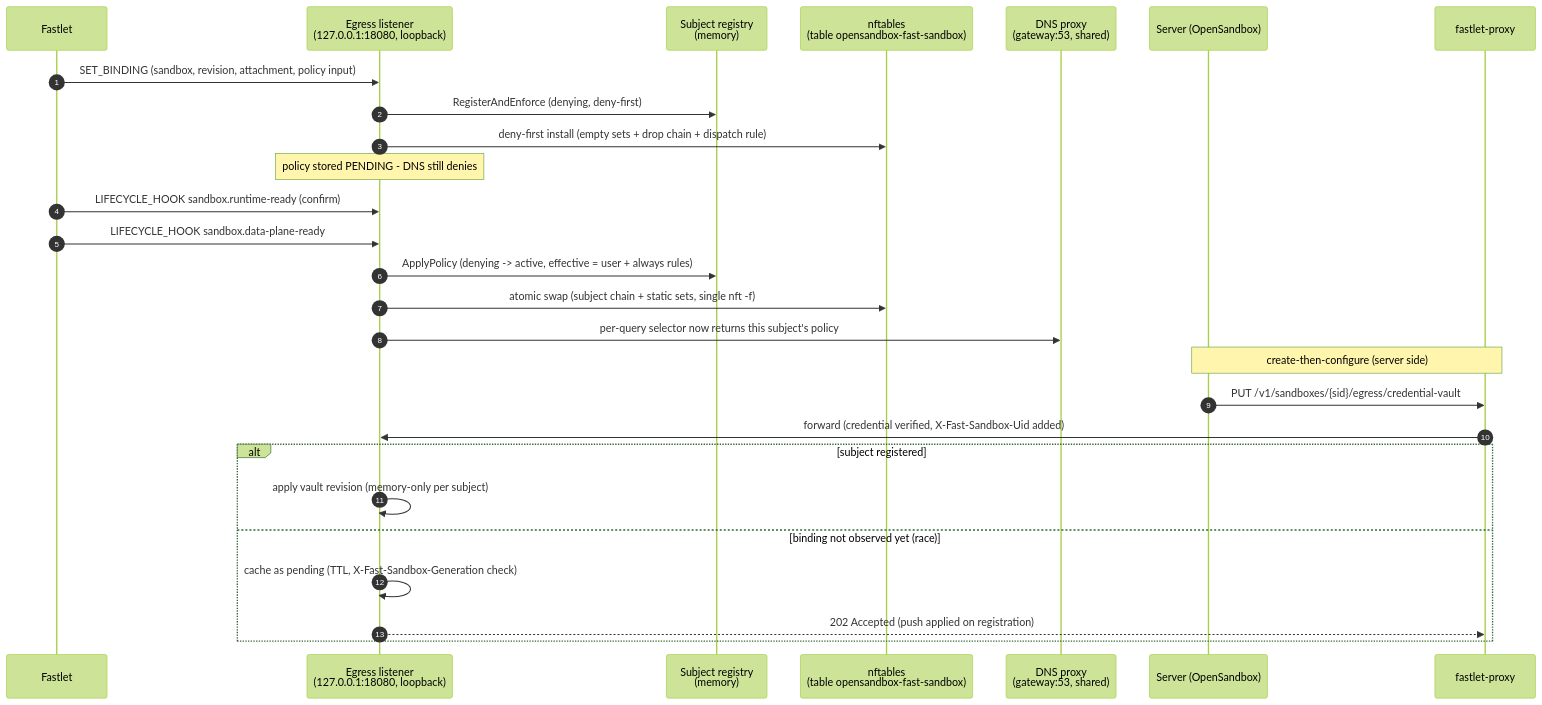
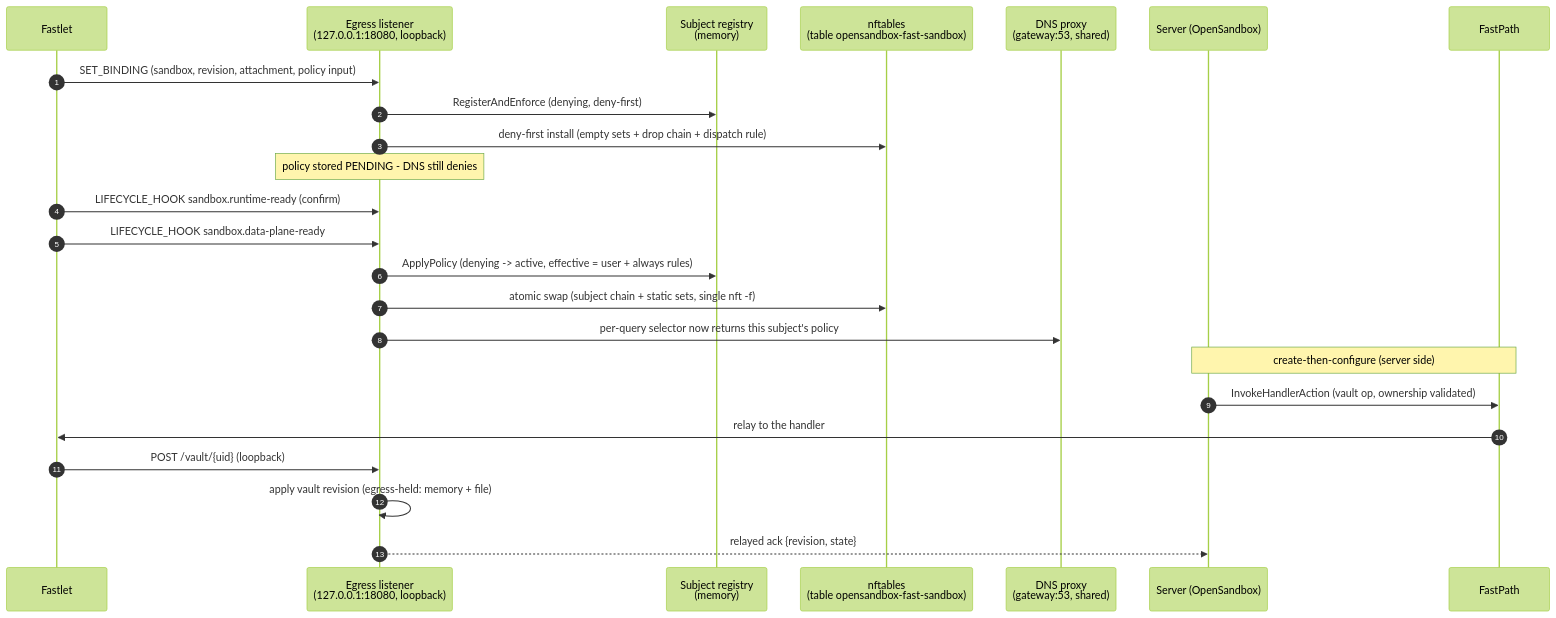
One commit to Bickor/OpenSandbox changed the second of 4 diagrams in components/egress/docs/policy-traffic-vault-flow.md. Above: the diagram before and after it, drawn with Mermaid (forest theme). The commit also changed other lines of this file and 2421 other files, not shown here.

````diff
--- a/components/egress/docs/policy-traffic-vault-flow.md
+++ b/components/egress/docs/policy-traffic-vault-flow.md
@@ -57,30 +62,27 @@
 ```mermaid
 sequenceDiagram
     autonumber
     participant F as Fastlet
     participant E as Egress listener<br/>(127.0.0.1:18080, loopback)
     participant R as Subject registry<br/>(memory)
     participant N as nftables<br/>(table opensandbox-fast-sandbox)
     participant D as DNS proxy<br/>(gateway:53, shared)
     participant S as Server (OpenSandbox)
-    participant P as fastlet-proxy
+    participant FP as FastPath
 
     F->>E: SET_BINDING (sandbox, revision, attachment, policy input)
     E->>R: RegisterAndEnforce (denying, deny-first)
     E->>N: deny-first install (empty sets + drop chain + dispatch rule)
     Note over E: policy stored PENDING - DNS still denies
     F->>E: LIFECYCLE_HOOK sandbox.runtime-ready (confirm)
     F->>E: LIFECYCLE_HOOK sandbox.data-plane-ready
     E->>R: ApplyPolicy (denying -> active, effective = user + always rules)
     E->>N: atomic swap (subject chain + static sets, single nft -f)
     E->>D: per-query selector now returns this subject's policy
-    Note over S,P: create-then-configure (server side)
-    S->>P: PUT /v1/sandboxes/{sid}/egress/credential-vault
-    P->>E: forward (credential verified, X-Fast-Sandbox-Uid added)
-    alt subject registered
-        E->>E: apply vault revision (memory-only per subject)
-    else binding not observed yet (race)
-        E->>E: cache as pending (TTL, X-Fast-Sandbox-Generation check)
-        E-->>P: 202 Accepted (push applied on registration)
-    end
+    Note over S,FP: create-then-configure (server side)
+    S->>FP: InvokeHandlerAction (vault op, ownership validated)
+    FP->>F: relay to the handler
+    F->>E: POST /vault/{uid} (loopback)
+    E->>E: apply vault revision (egress-held: memory + file)
+    E-->>S: relayed ack {revision, state}
 ```
````
